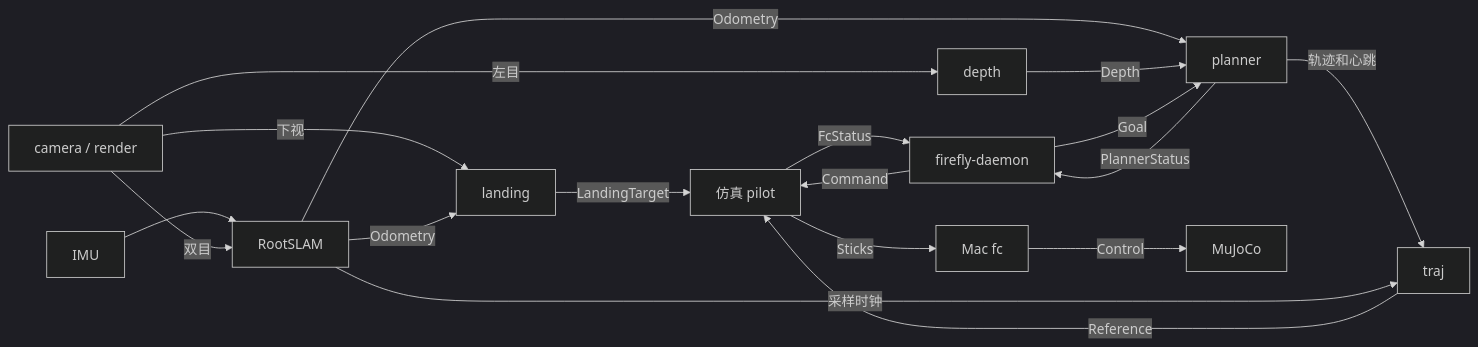
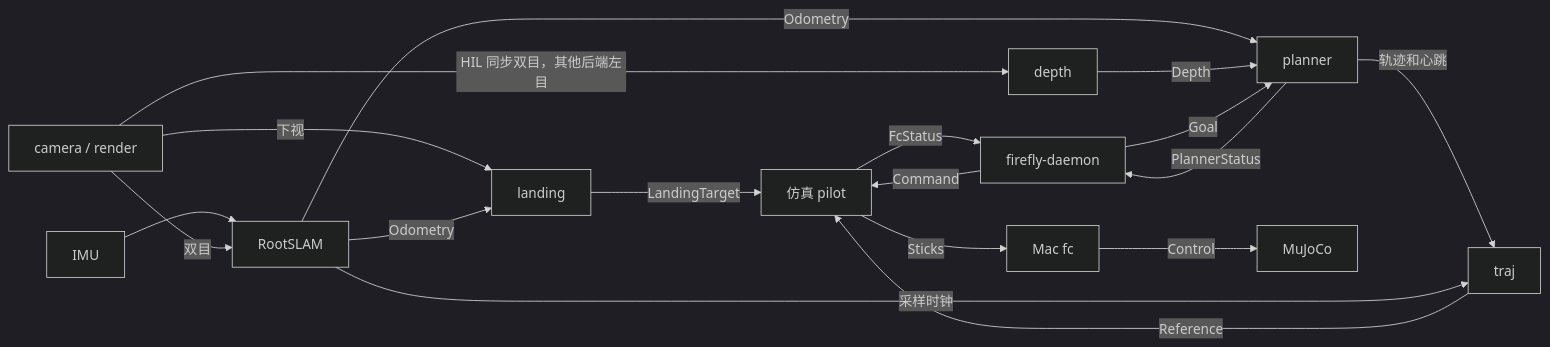
One commit to 3SE-Competitive-Robotics-Team/firefly changed the second of 2 diagrams in docs/architecture.md. Above: the diagram before and after it, drawn with Mermaid (dark theme). The commit also changed 23 other files, not shown here.

Commit message:
feat(depth): 在 A733 HIL 上以 15 Hz 融合 ZipDepth 与双目视差

````diff
--- a/docs/architecture.md
+++ b/docs/architecture.md
@@ -35,20 +35,20 @@
 ```mermaid
 flowchart LR
     imu[IMU] --> vio[RootSLAM]
     camera[camera / render] -->|双目| vio
-    camera -->|左目| depth[depth]
+    camera -->|HIL 同步双目，其他后端左目| depth[depth]
     camera -->|下视| landing[landing]
     vio -->|Odometry| landing
     vio -->|Odometry| planner[planner]
     depth -->|Depth| planner
     daemon[firefly-daemon] -->|Goal| planner
     planner -->|PlannerStatus| daemon
     planner -->|轨迹和心跳| traj[traj]
     vio -->|采样时钟| traj
     traj -->|Reference| pilot[仿真 pilot]
     landing -->|LandingTarget| pilot
     daemon -->|Command| pilot
     pilot -->|FcStatus| daemon
     pilot -->|Sticks| fc[Mac fc]
     fc -->|Control| sim[MuJoCo]
 ```
````
